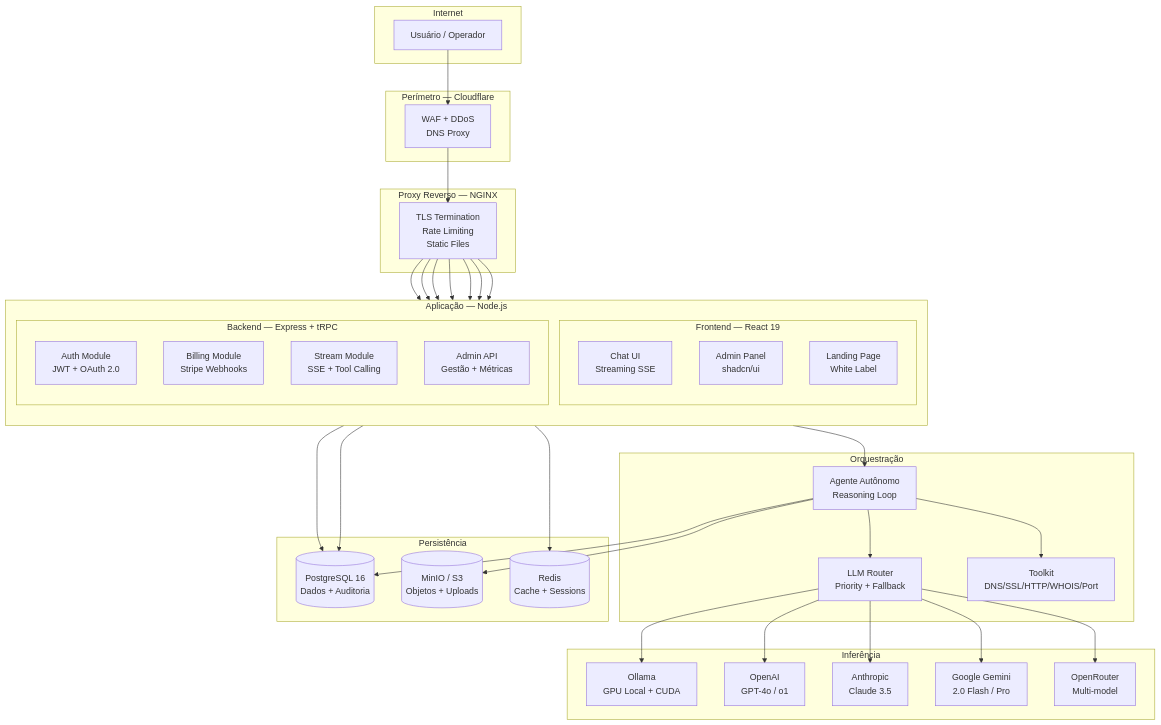
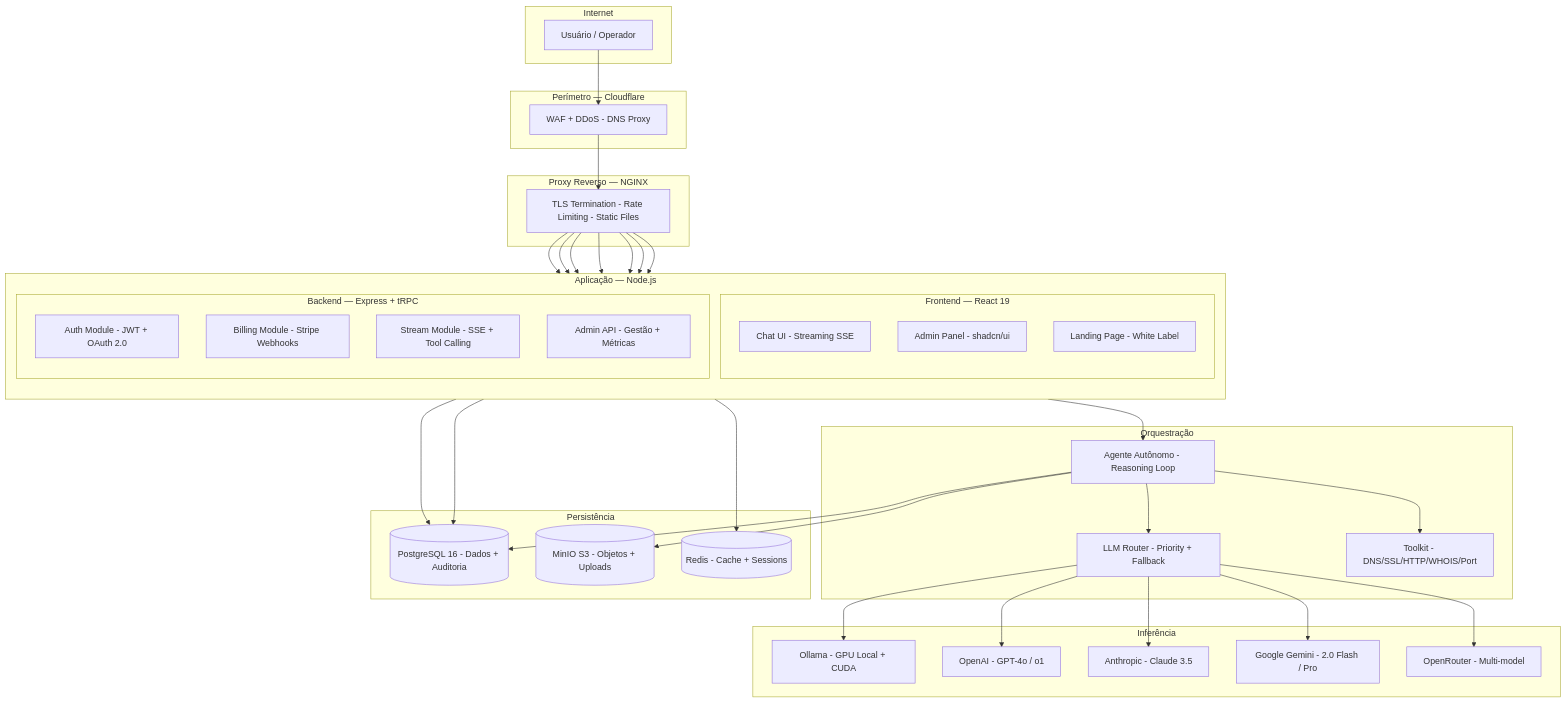
One commit to SperryTecnologia/debuga-ai changed the first of 11 diagrams in docs/ARCHITECTURE_PTBR.md. Above: the diagram before and after it, drawn with Mermaid. The commit also changed other lines of this file and 213 other files, not shown here.

````diff
--- a/docs/ARCHITECTURE_PTBR.md
+++ b/docs/ARCHITECTURE_PTBR.md
@@ -13,71 +13,71 @@
 ```mermaid
 graph TB
     subgraph "Internet"
-        USER[Usuário / Operador]
+        USER["Usuário / Operador"]
     end
 
     subgraph "Perímetro — Cloudflare"
-        CF[WAF + DDoS<br/>DNS Proxy]
+        CF[WAF + DDoS - DNS Proxy]
     end
 
     subgraph "Proxy Reverso — NGINX"
-        NGINX[TLS Termination<br/>Rate Limiting<br/>Static Files]
+        NGINX[TLS Termination - Rate Limiting - Static Files]
     end
 
     subgraph "Aplicação — Node.js"
         direction TB
         subgraph "Frontend — React 19"
-            CHAT[Chat UI<br/>Streaming SSE]
-            ADMIN[Admin Panel<br/>shadcn/ui]
-            LAND[Landing Page<br/>White Label]
+            CHAT[Chat UI - Streaming SSE]
+            ADMIN["Admin Panel - shadcn/ui"]
+            LAND[Landing Page - White Label]
         end
         subgraph "Backend — Express + tRPC"
-            AUTH[Auth Module<br/>JWT + OAuth 2.0]
-            BILLING[Billing Module<br/>Stripe Webhooks]
-            STREAM[Stream Module<br/>SSE + Tool Calling]
-            APIADM[Admin API<br/>Gestão + Métricas]
+            AUTH[Auth Module - JWT + OAuth 2.0]
+            BILLING[Billing Module - Stripe Webhooks]
+            STREAM[Stream Module - SSE + Tool Calling]
+            APIADM[Admin API - Gestão + Métricas]
         end
     end
 
     subgraph "Orquestração"
-        AGENT[Agente Autônomo<br/>Reasoning Loop]
-        ROUTER[LLM Router<br/>Priority + Fallback]
-        TOOLKIT[Toolkit<br/>DNS/SSL/HTTP/WHOIS/Port]
+        AGENT[Agente Autônomo - Reasoning Loop]
+        ROUTER[LLM Router - Priority + Fallback]
+        TOOLKIT["Toolkit - DNS/SSL/HTTP/WHOIS/Port"]
     end
 
     subgraph "Inferência"
-        OLLAMA[Ollama<br/>GPU Local + CUDA]
-        OPENAI[OpenAI<br/>GPT-4o / o1]
-        ANTHROPIC[Anthropic<br/>Claude 3.5]
-        GEMINI[Google Gemini<br/>2.0 Flash / Pro]
-        OPENROUTER[OpenRouter<br/>Multi-model]
+        OLLAMA[Ollama - GPU Local + CUDA]
+        OPENAI["OpenAI - GPT-4o / o1"]
+        ANTHROPIC[Anthropic - Claude 3.5]
+        GEMINI["Google Gemini - 2.0 Flash / Pro"]
+        OPENROUTER[OpenRouter - Multi-model]
     end
 
     subgraph "Persistência"
-        PG[(PostgreSQL 16<br/>Dados + Auditoria)]
-        MINIO[(MinIO / S3<br/>Objetos + Uploads)]
-        REDIS[(Redis<br/>Cache + Sessions)]
+        PG[(PostgreSQL 16 - Dados + Auditoria)]
+        MINIO[("MinIO S3 - Objetos + Uploads")]
+        REDIS[(Redis - Cache + Sessions)]
     end
 
     USER --> CF --> NGINX
     NGINX --> CHAT
     NGINX --> ADMIN
     NGINX --> LAND
     NGINX --> AUTH
     NGINX --> BILLING
     NGINX --> STREAM
     NGINX --> APIADM
     STREAM --> AGENT
     AGENT --> ROUTER
     AGENT --> TOOLKIT
     ROUTER --> OLLAMA
     ROUTER --> OPENAI
     ROUTER --> ANTHROPIC
     ROUTER --> GEMINI
     ROUTER --> OPENROUTER
     AUTH --> PG
     AUTH --> REDIS
     BILLING --> PG
     AGENT --> PG
     AGENT --> MINIO
 ```
````
